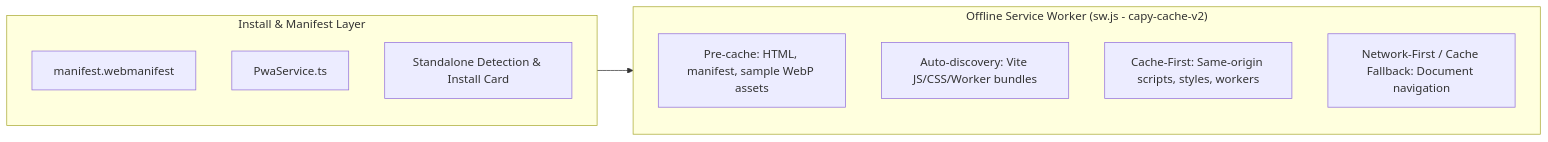
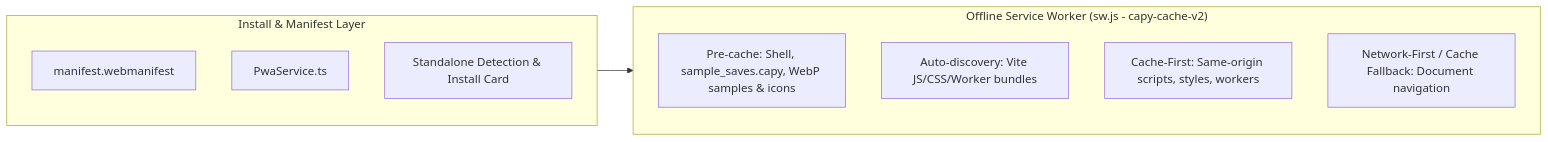
One commit to shthed/capy changed the third of 3 diagrams in WEB.md. Above: the diagram before and after it, drawn with Mermaid. The commit also changed other lines of this file and 11 other files, not shown here.

````diff
--- a/WEB.md
+++ b/WEB.md
@@ -402,15 +363,15 @@
 ```mermaid
 flowchart LR
   subgraph ManifestLayer["Install & Manifest Layer"]
     M["manifest.webmanifest"]
     P["PwaService.ts"]
     S["Standalone Detection & Install Card"]
   end
   subgraph ServiceWorker["Offline Service Worker (sw.js - capy-cache-v2)"]
-    Pre["Pre-cache: HTML, manifest, sample WebP assets"]
+    Pre["Pre-cache: Shell, sample_saves.capy, WebP samples & icons"]
     Auto["Auto-discovery: Vite JS/CSS/Worker bundles"]
     Static["Cache-First: Same-origin scripts, styles, workers"]
     Doc["Network-First / Cache Fallback: Document navigation"]
   end
   ManifestLayer --> ServiceWorker
 ```
````
